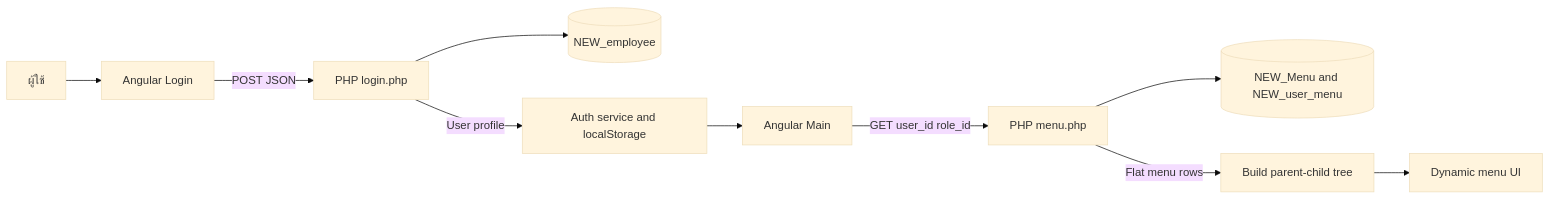
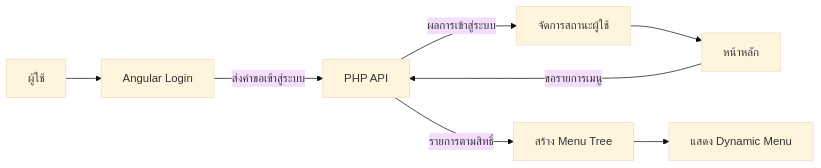
The diagram in README.md (Nutnoiz/login-examples), drawn with Mermaid (base theme) before and after one commit. The commit also changed other lines of this file, not shown here.

````diff
--- a/README.md
+++ b/README.md
@@ -24,12 +20,10 @@
 ```mermaid
 flowchart LR
-    U[ผู้ใช้] --> A[Angular Login]
-    A -->|POST JSON| L[PHP login.php]
-    L --> E[(NEW_employee)]
-    L -->|User profile| S[Auth service and localStorage]
-    S --> M[Angular Main]
-    M -->|GET user_id role_id| P[PHP menu.php]
-    P --> N[(NEW_Menu and NEW_user_menu)]
-    P -->|Flat menu rows| T[Build parent-child tree]
-    T --> V[Dynamic menu UI]
+    U[ผู้ใช้] --> L[Angular Login]
+    L -->|ส่งคำขอเข้าสู่ระบบ| A[PHP API]
+    A -->|ผลการเข้าสู่ระบบ| S[จัดการสถานะผู้ใช้]
+    S --> M[หน้าหลัก]
+    M -->|ขอรายการเมนู| A
+    A -->|รายการตามสิทธิ์| T[สร้าง Menu Tree]
+    T --> V[แสดง Dynamic Menu]
 ```
````
